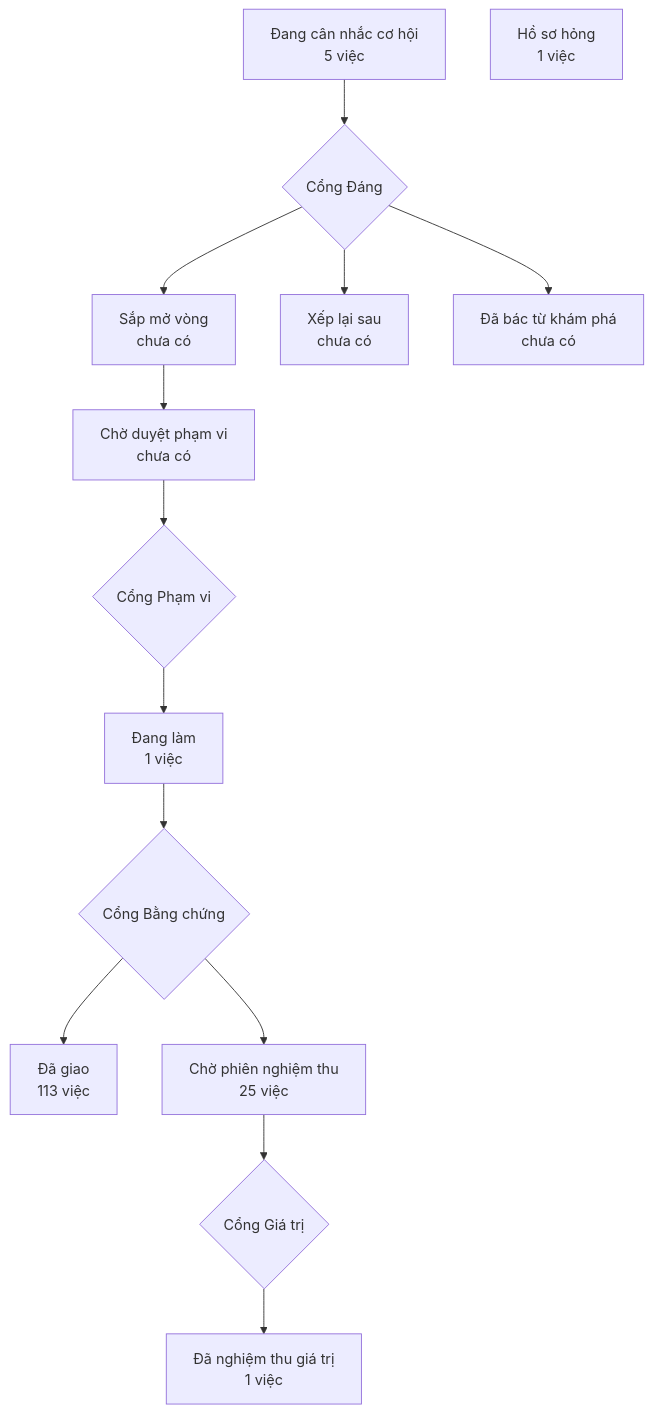
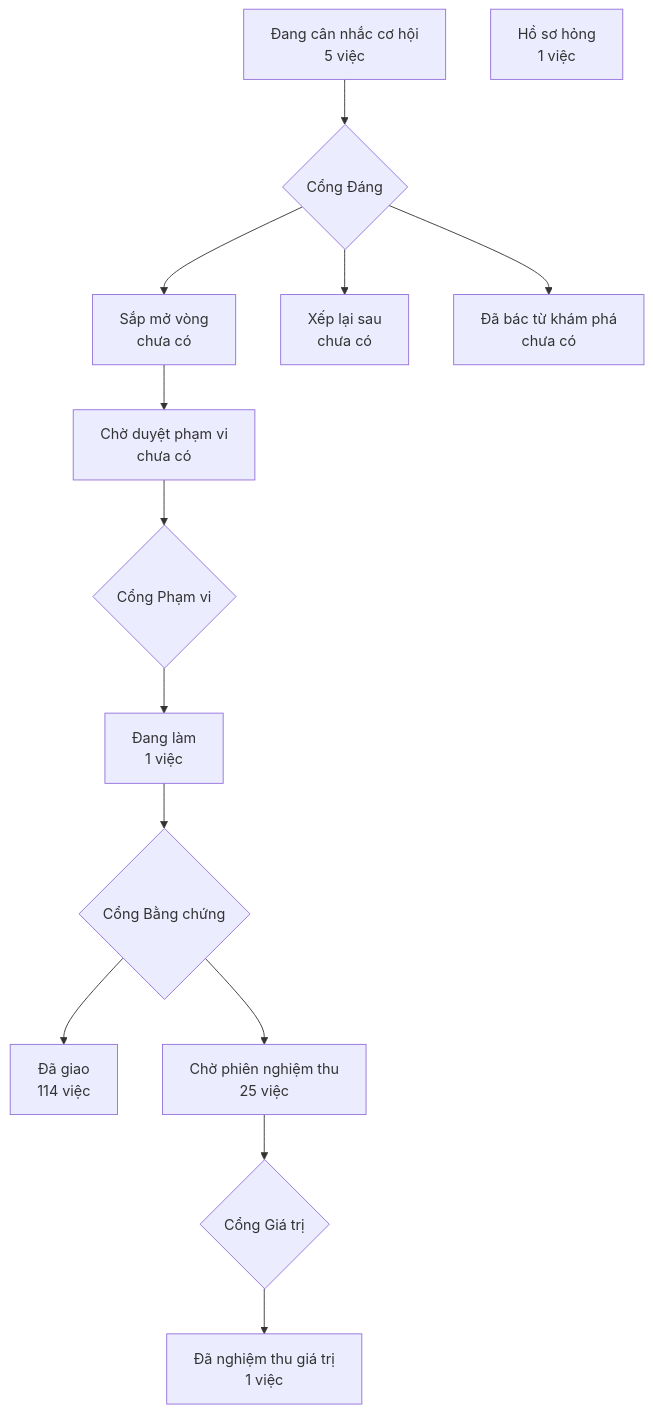
Before and after one commit to phanlemanh/crm-onehub: the diagram in PRODUCT-MAP.md, drawn with Mermaid. The commit also changed other lines of this file and 3 other files, not shown here.

````diff
--- a/PRODUCT-MAP.md
+++ b/PRODUCT-MAP.md
@@ -6,13 +6,13 @@
 ```mermaid
 flowchart TD
   A["Đang cân nhắc cơ hội<br/>5 việc"] --> GD{"Cổng Đáng"}
   GD --> B["Sắp mở vòng<br/>chưa có"]
   GD --> XL["Xếp lại sau<br/>chưa có"]
   GD --> DB["Đã bác từ khám phá<br/>chưa có"]
   B --> CD["Chờ duyệt phạm vi<br/>chưa có"] --> GP{"Cổng Phạm vi"}
   GP --> DL["Đang làm<br/>1 việc"] --> GB{"Cổng Bằng chứng"}
-  GB --> DG["Đã giao<br/>113 việc"]
+  GB --> DG["Đã giao<br/>114 việc"]
   GB --> CN["Chờ phiên nghiệm thu<br/>25 việc"] --> GG{"Cổng Giá trị"}
   GG --> NT["Đã nghiệm thu giá trị<br/>1 việc"]
   HS["Hồ sơ hỏng<br/>1 việc"]
 ```
````
